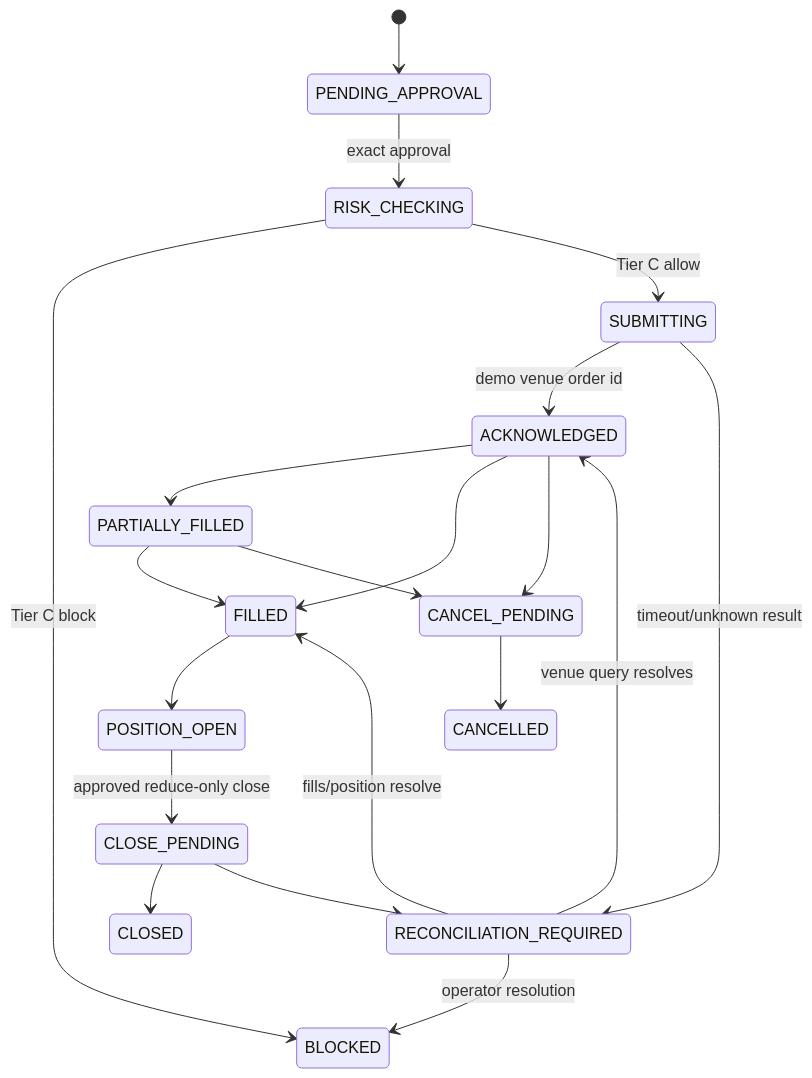
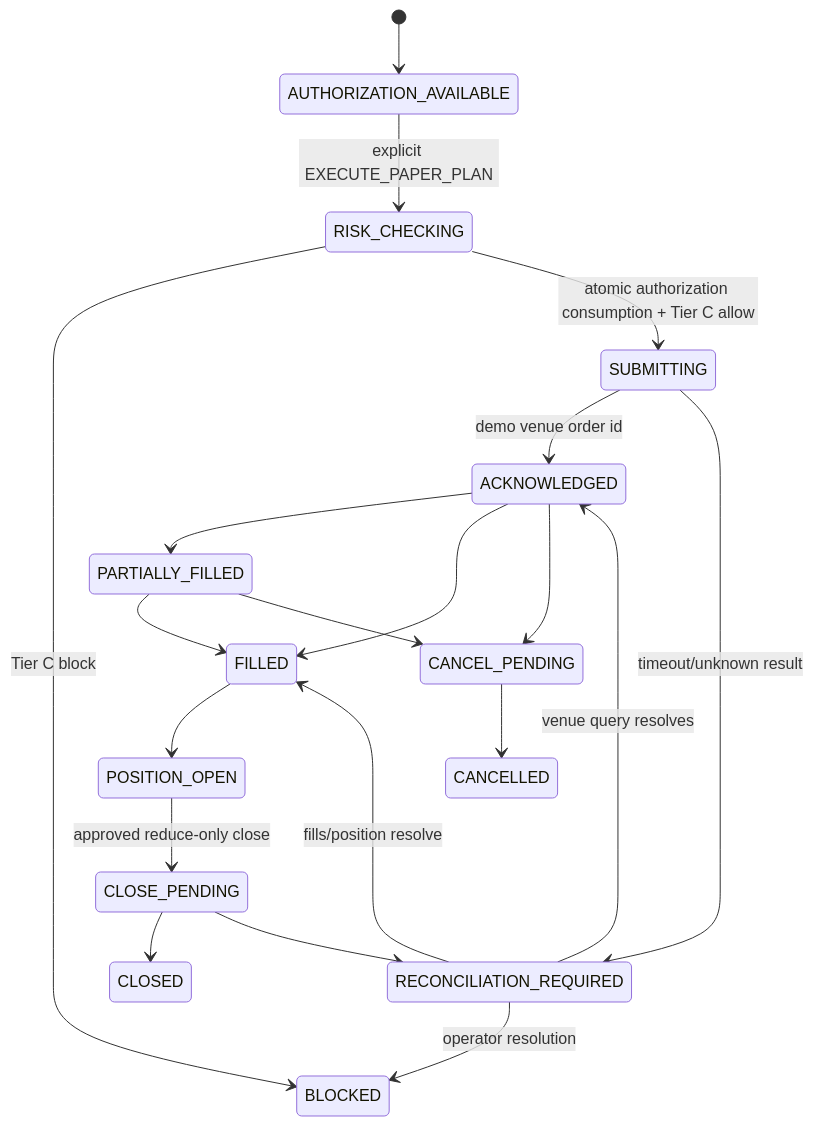
One commit to Fejjii/AlphaTrade-AI changed the fifth of 6 diagrams in docs/redesign/agentic_redesign_target_architecture.md. Above: the diagram before and after it, drawn with Mermaid. The commit also changed other lines of this file and 1 other file, not shown here.

Commit message:
docs: resolve agentic architecture review

````diff
--- a/docs/redesign/agentic_redesign_target_architecture.md
+++ b/docs/redesign/agentic_redesign_target_architecture.md
@@ -652,22 +959,22 @@
 ```mermaid
 stateDiagram-v2
-    [*] --> PENDING_APPROVAL
-    PENDING_APPROVAL --> RISK_CHECKING: exact approval
+    [*] --> AUTHORIZATION_AVAILABLE
+    AUTHORIZATION_AVAILABLE --> RISK_CHECKING: explicit EXECUTE_PAPER_PLAN
     RISK_CHECKING --> BLOCKED: Tier C block
-    RISK_CHECKING --> SUBMITTING: Tier C allow
+    RISK_CHECKING --> SUBMITTING: atomic authorization consumption + Tier C allow
     SUBMITTING --> ACKNOWLEDGED: demo venue order id
     SUBMITTING --> RECONCILIATION_REQUIRED: timeout/unknown result
     ACKNOWLEDGED --> PARTIALLY_FILLED
     ACKNOWLEDGED --> FILLED
     PARTIALLY_FILLED --> FILLED
     ACKNOWLEDGED --> CANCEL_PENDING
     PARTIALLY_FILLED --> CANCEL_PENDING
     CANCEL_PENDING --> CANCELLED
     FILLED --> POSITION_OPEN
     POSITION_OPEN --> CLOSE_PENDING: approved reduce-only close
     CLOSE_PENDING --> CLOSED
     CLOSE_PENDING --> RECONCILIATION_REQUIRED
     RECONCILIATION_REQUIRED --> ACKNOWLEDGED: venue query resolves
     RECONCILIATION_REQUIRED --> FILLED: fills/position resolve
     RECONCILIATION_REQUIRED --> BLOCKED: operator resolution
 ```
````
